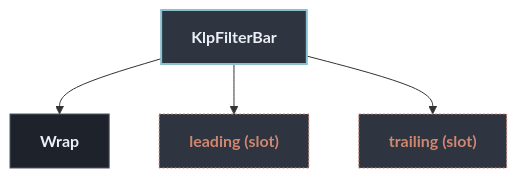
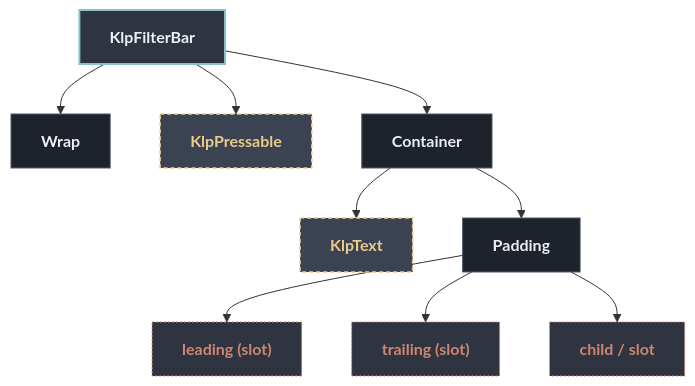
Before and after one commit to MiuDog/Kallopis: the diagram in docs/architecture/components/interaction/klp_filter_bar.md, drawn with Mermaid. The commit also changed other lines of this file and 123 other files, not shown here.

First line of the commit message:
docs(architecture): regenerate per-component trees, unbreak the generator

````diff
--- a/docs/architecture/components/interaction/klp_filter_bar.md
+++ b/docs/architecture/components/interaction/klp_filter_bar.md
@@ -13,16 +13,26 @@
 ```mermaid
 flowchart TD
   classDef default fill:#1E222B,stroke:#4C566A,stroke-width:1px,color:#ECEFF4;
   classDef root fill:#2E3440,stroke:#88C0D0,stroke-width:2px,color:#ECEFF4,font-weight:bold;
   classDef reference fill:#3B4252,stroke:#EBCB8B,stroke-width:1.5px,stroke-dasharray: 4 3,color:#EBCB8B;
   classDef container fill:#2E3440,stroke:#A3BE8C,stroke-width:1.5px,color:#A3BE8C;
   classDef slot fill:#2E3440,stroke:#D08770,stroke-width:1px,stroke-dasharray: 2 2,color:#D08770;
 
   root["KlpFilterBar"]:::root
   n1["Wrap"]
   root --> n1
-  n2["leading (slot)"]:::slot
+  n2["KlpPressable"]:::reference
   root --> n2
-  n3["trailing (slot)"]:::slot
+  n3["Container"]
   root --> n3
+  n4["KlpText"]:::reference
+  n3 --> n4
+  n5["Padding"]
+  n3 --> n5
+  n6["leading (slot)"]:::slot
+  n5 --> n6
+  n7["trailing (slot)"]:::slot
+  n5 --> n7
+  n8["child / slot"]:::slot
+  n5 --> n8
 ```
````
